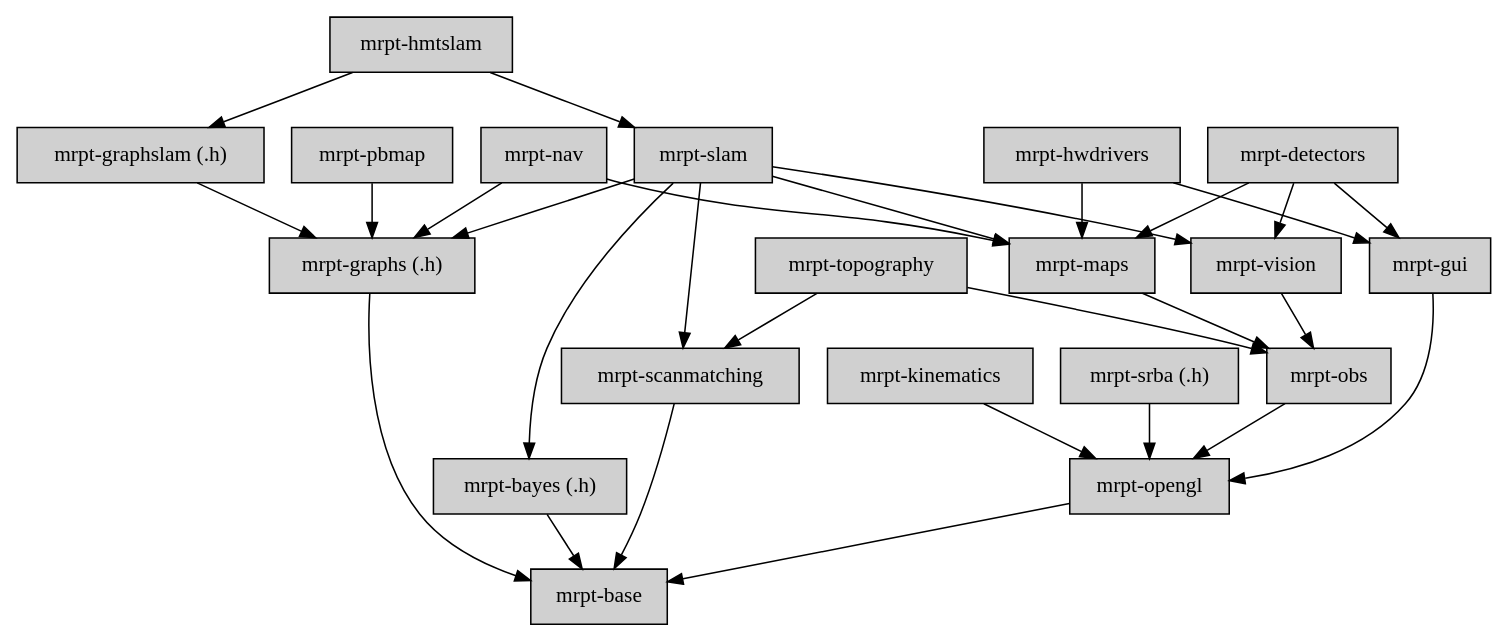
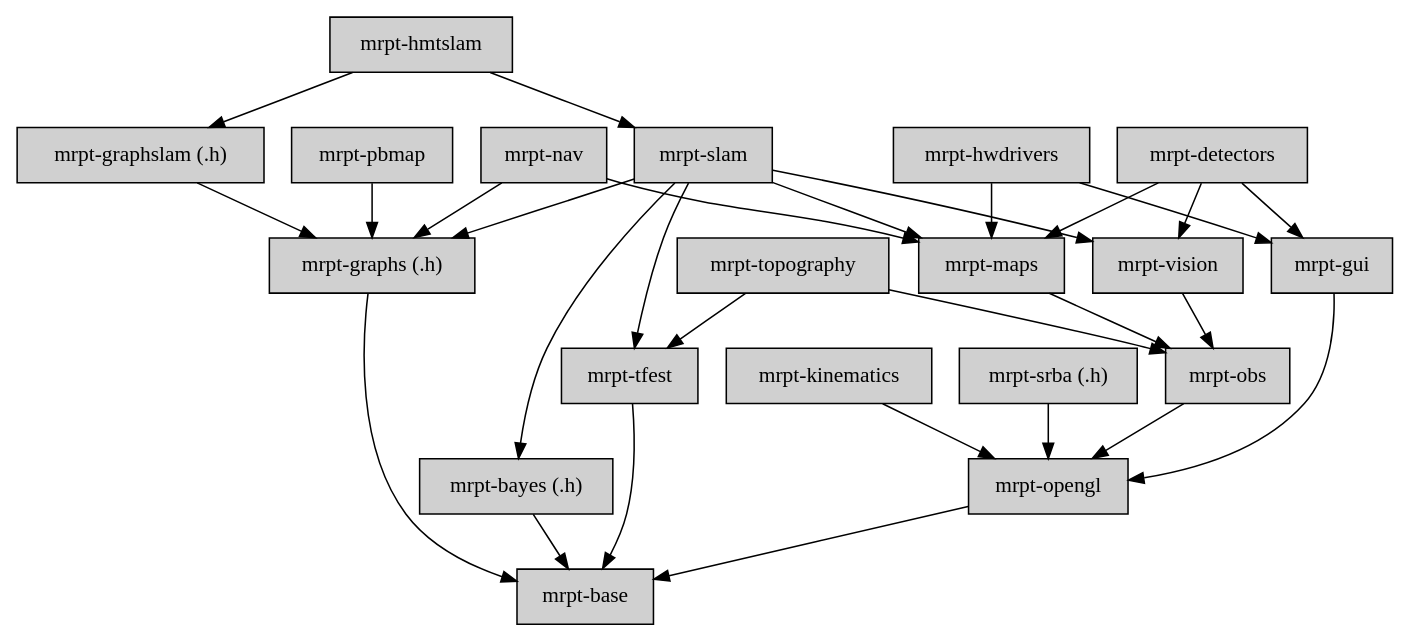
One commit to MRPT/mrpt changed the diagram in doc/design_of_images/graph_mrpt_libs.dot. Above: the diagram before and after it, drawn with Graphviz. The commit also changed 17 other files, not shown here.

Commit message:
Initial rename of scanmatching -> tfest

```diff
--- a/doc/design_of_images/graph_mrpt_libs.dot
+++ b/doc/design_of_images/graph_mrpt_libs.dot
@@ -1,79 +1,77 @@
 digraph MRPT_LIBS {
 
 	node [shape=box,style=filled, fillcolor="#D0D0D0"];
 
 	base 		[label="mrpt-base",URL="group__mrpt__base__grp.html"];
 	graphs		[label="mrpt-graphs (.h)",URL="group__mrpt__graphs__grp.html"];
 	bayes 		[label="mrpt-bayes (.h)",URL="group__mrpt__bayes__grp.html"];
 	opengl 		[label="mrpt-opengl", URL="group__mrpt__opengl__grp.html"];
 	gui 		[label="mrpt-gui",URL="group__mrpt__gui__grp.html"];
 	obs 		[label="mrpt-obs",URL="group__mrpt__obs__grp.html"];
 	hwdrivers 	[label="mrpt-hwdrivers",URL="group__mrpt__hwdrivers__grp.html"];
 	topography 	[label="mrpt-topography",URL="group__mrpt__topography__grp.html"];
 	maps 		[label="mrpt-maps",URL="group__mrpt__maps__grp.html"];
 	vision 		[label="mrpt-vision",URL="group__mrpt__vision__grp.html"];
-	scanmatching 		[label="mrpt-scanmatching",URL="group__mrpt__scanmatching__grp.html"];
+	tfest 		[label="mrpt-tfest",URL="group__mrpt__tfest__grp.html"];
 
 	slam 		[label="mrpt-slam",URL="group__mrpt__slam__grp.html"];
 	graphslam	[label="mrpt-graphslam (.h)",URL="group__mrpt__graphslam__grp.html"];
 	
 	hmtslam		[label="mrpt-hmtslam",URL="group__mrpt__hmtslam__grp.html"];
 	nav	        [label="mrpt-nav",URL="group__mrpt__nav__grp.html"];
 //	stereoslam	[label="mrpt-stereoslam (*)",URL="group__mrpt__stereoslam__grp.html"];
 	
 	detectors	[label="mrpt-detectors",URL="group__mrpt__detectors__grp.html"];
 
 	kinematics	[label="mrpt-kinematics",URL="group__mrpt__kinematics__grp.html"];
 
 	srba	[label="mrpt-srba (.h)",URL="group__mrpt__srba__grp.html"];
 
 	pbmap    [label="mrpt-pbmap",URL="group__mrpt__pbmap__grp.html"];
 
 
 	srba -> opengl;
 
 	pbmap -> graphs;
 
 	kinematics  -> opengl;
 	
 	graphs -> base;
-	scanmatching -> base;
+	tfest -> base;
 
 	bayes -> base;
 	
 	opengl -> base;
 	
 	obs -> opengl;
 	
 	gui -> opengl;
 	
 	hwdrivers -> gui;
 	hwdrivers -> maps;
 	
 	topography -> obs;
-	topography -> scanmatching;
+	topography -> tfest;
 	
 	vision -> obs;
 	
 	maps -> obs;
 
 	slam -> maps;
 	slam -> vision;
-	slam -> scanmatching;
+	slam -> tfest;
 	slam -> bayes;
 	slam -> graphs;
 
 	graphslam -> graphs;
-	
+
 	detectors -> vision;
 	detectors -> maps;
 	detectors -> gui;
 	
 	hmtslam -> slam;
 	hmtslam -> graphslam;
 
-//	stereoslam -> vision;
-	
 	nav -> maps;
 	nav -> graphs;
 }
```
